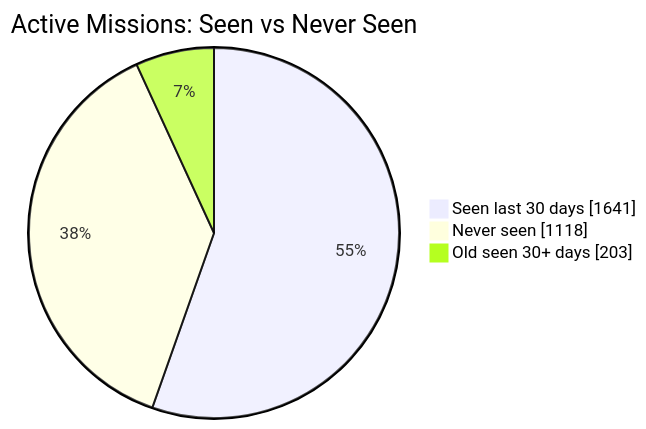
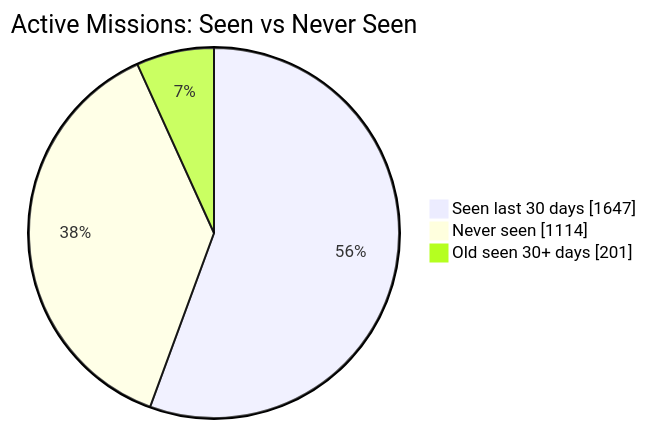
One commit to MeldkamerspelGameTeam/active-missions changed the first of 2 diagrams in README.md. Above: the diagram before and after it, drawn with Mermaid. The commit also changed other lines of this file and 3 other files, not shown here.

````diff
--- a/README.md
+++ b/README.md
@@ -34,7 +34,7 @@
 ```mermaid
 pie showData
     title Active Missions: Seen vs Never Seen
-    "Seen last 30 days" : 1641
-    "Never seen" : 1118
-    "Old seen 30+ days" : 203
+    "Seen last 30 days" : 1647
+    "Never seen" : 1114
+    "Old seen 30+ days" : 201
 ```
````
